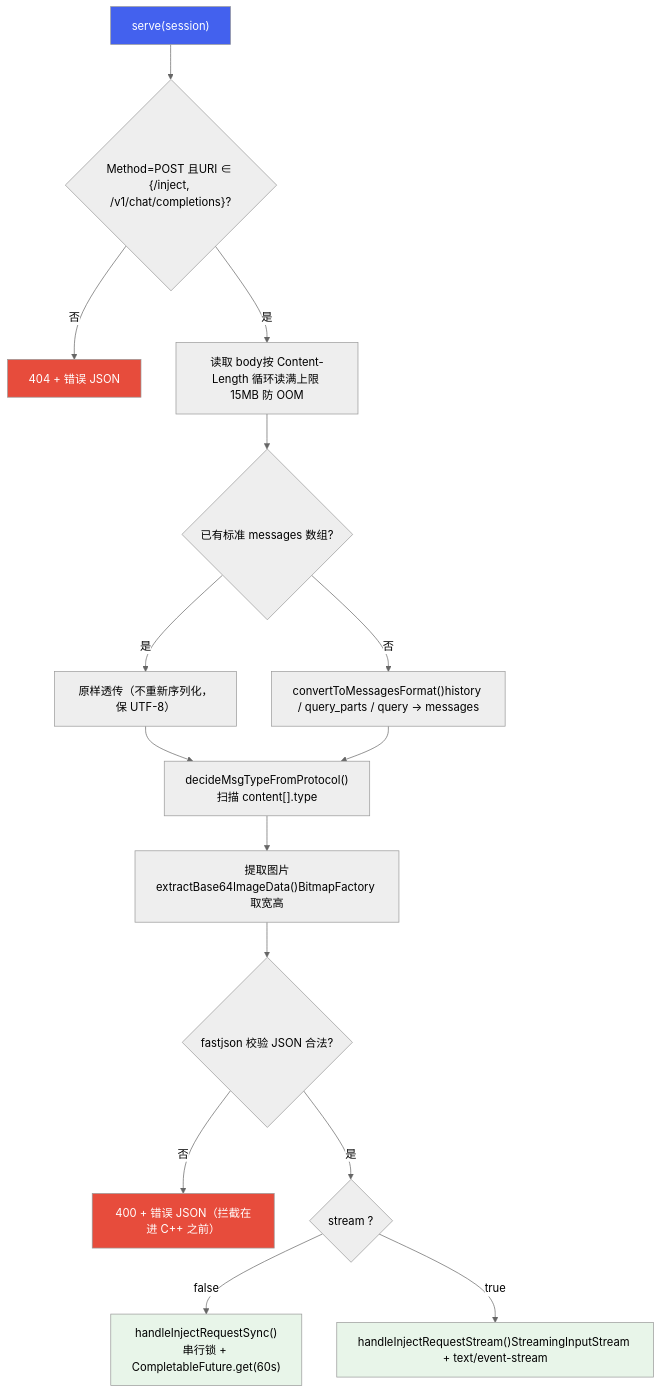
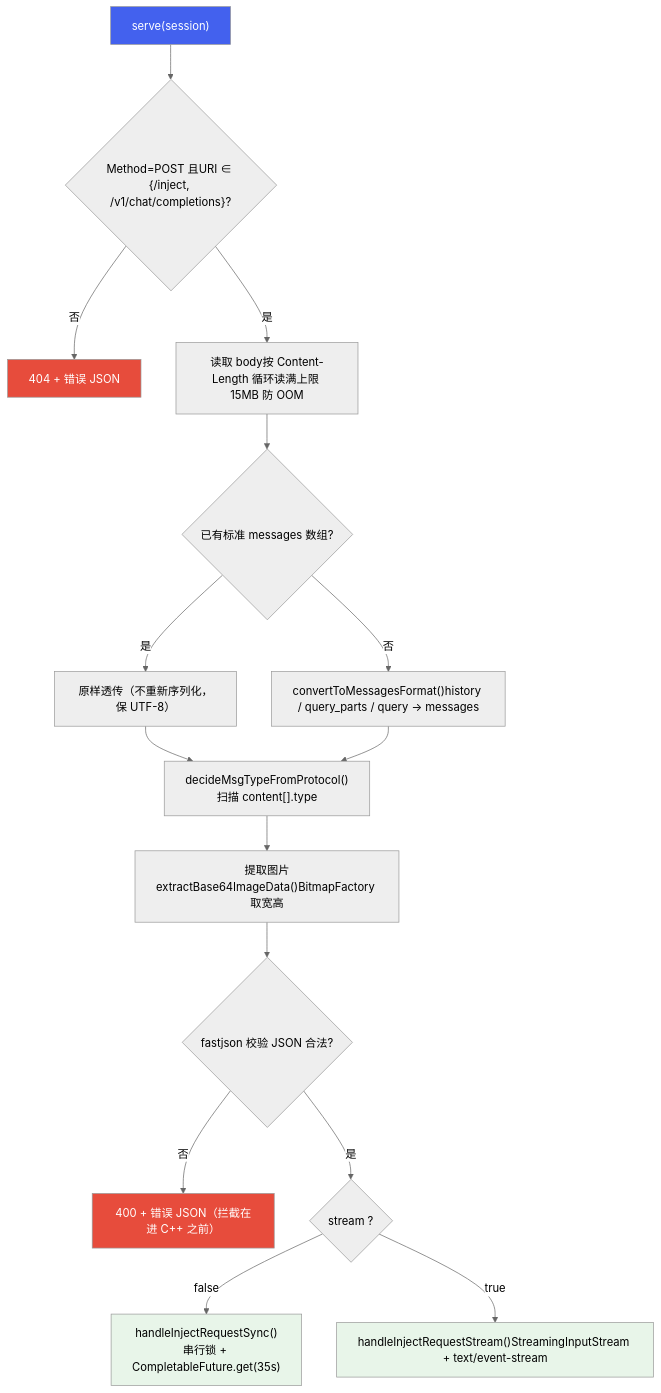
The third of 6 diagrams in cockpit/projects/lantu/apk-integration.md (ranpin/edge-ai-docs), drawn with Mermaid (neutral theme) before and after one commit. The commit also changed other lines of this file, not shown here.

````diff
--- a/cockpit/projects/lantu/apk-integration.md
+++ b/cockpit/projects/lantu/apk-integration.md
@@ -209,23 +241,23 @@
 ```mermaid
 flowchart TB
     S["serve(session)"] --> M{"Method=POST 且URI ∈ {/inject, /v1/chat/completions}?"}
     M -->|否| E404["404 + 错误 JSON"]
     M -->|是| R["读取 body按 Content-Length 循环读满上限 15MB 防 OOM"]
     R --> P{"已有标准 messages 数组?"}
     P -->|是| KEEP["原样透传（不重新序列化，保 UTF-8）"]
     P -->|否| CONV["convertToMessagesFormat()history / query_parts / query → messages"]
     KEEP --> MT["decideMsgTypeFromProtocol()扫描 content[].type"]
     CONV --> MT
     MT --> IMG["提取图片extractBase64ImageData()BitmapFactory 取宽高"]
     IMG --> V{"fastjson 校验 JSON 合法?"}
     V -->|否| EBAD["400 + 错误 JSON（拦截在进 C++ 之前）"]
     V -->|是| ST{"stream ?"}
-    ST -->|false| SYNC["handleInjectRequestSync()串行锁 + CompletableFuture.get(60s)"]
+    ST -->|false| SYNC["handleInjectRequestSync()串行锁 + CompletableFuture.get(35s)"]
     ST -->|true| SSE["handleInjectRequestStream()StreamingInputStream + text/event-stream"]
 
     style S fill:#4361ee,color:#fff
     style EBAD fill:#e74c3c,color:#fff
     style E404 fill:#e74c3c,color:#fff
     style SYNC fill:#e8f5e9
     style SSE fill:#e8f5e9
 ```
````
